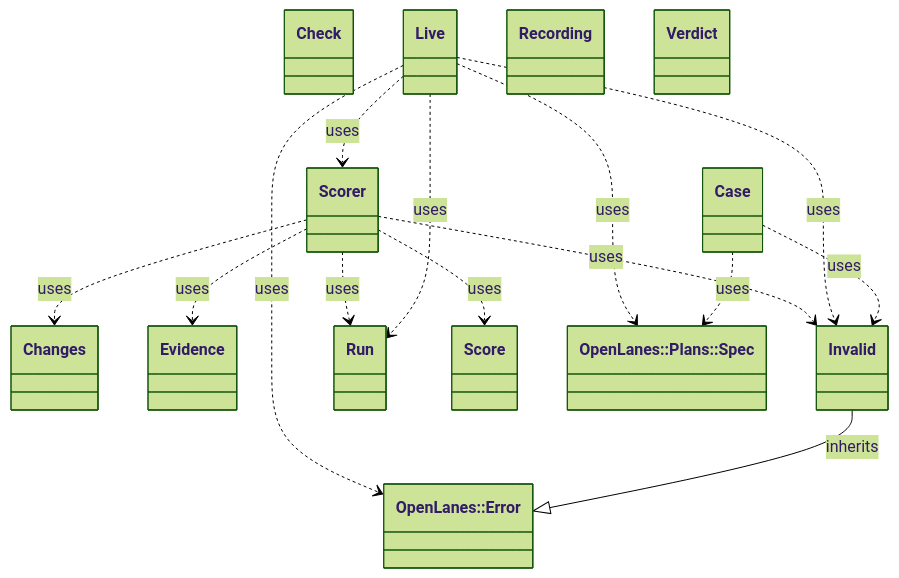
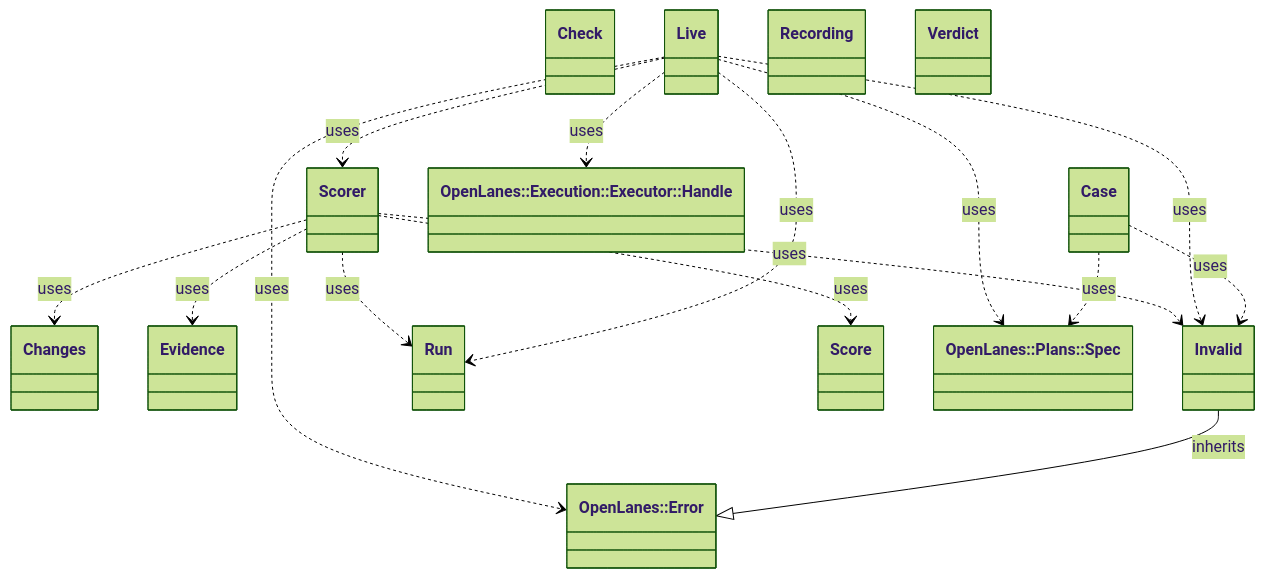
Before and after one commit to kigster/openlanes: the diagram in docs/architecture/openlanes-evals.md, drawn with Mermaid (forest theme). The commit also changed 23 other files, not shown here.

````diff
--- a/docs/architecture/openlanes-evals.md
+++ b/docs/architecture/openlanes-evals.md
@@ -5,29 +5,31 @@
 ```mermaid
 classDiagram
   class OpenLanes__Error["OpenLanes::Error"]
   class OpenLanes__Evals__Case["Case"]
   class OpenLanes__Evals__Changes["Changes"]
   class OpenLanes__Evals__Check["Check"]
   class OpenLanes__Evals__Evidence["Evidence"]
   class OpenLanes__Evals__Invalid["Invalid"]
   class OpenLanes__Evals__Live["Live"]
   class OpenLanes__Evals__Recording["Recording"]
   class OpenLanes__Evals__Run["Run"]
   class OpenLanes__Evals__Score["Score"]
   class OpenLanes__Evals__Scorer["Scorer"]
   class OpenLanes__Evals__Verdict["Verdict"]
+  class OpenLanes__Execution__Executor__Handle["OpenLanes::Execution::Executor::Handle"]
   class OpenLanes__Plans__Spec["OpenLanes::Plans::Spec"]
   OpenLanes__Evals__Case ..> OpenLanes__Evals__Invalid : uses
   OpenLanes__Evals__Case ..> OpenLanes__Plans__Spec : uses
   OpenLanes__Evals__Invalid --|> OpenLanes__Error : inherits
   OpenLanes__Evals__Live ..> OpenLanes__Error : uses
   OpenLanes__Evals__Live ..> OpenLanes__Evals__Invalid : uses
   OpenLanes__Evals__Live ..> OpenLanes__Evals__Run : uses
   OpenLanes__Evals__Live ..> OpenLanes__Evals__Scorer : uses
+  OpenLanes__Evals__Live ..> OpenLanes__Execution__Executor__Handle : uses
   OpenLanes__Evals__Live ..> OpenLanes__Plans__Spec : uses
   OpenLanes__Evals__Scorer ..> OpenLanes__Evals__Changes : uses
   OpenLanes__Evals__Scorer ..> OpenLanes__Evals__Evidence : uses
   OpenLanes__Evals__Scorer ..> OpenLanes__Evals__Invalid : uses
   OpenLanes__Evals__Scorer ..> OpenLanes__Evals__Run : uses
   OpenLanes__Evals__Scorer ..> OpenLanes__Evals__Score : uses
 ```
````
